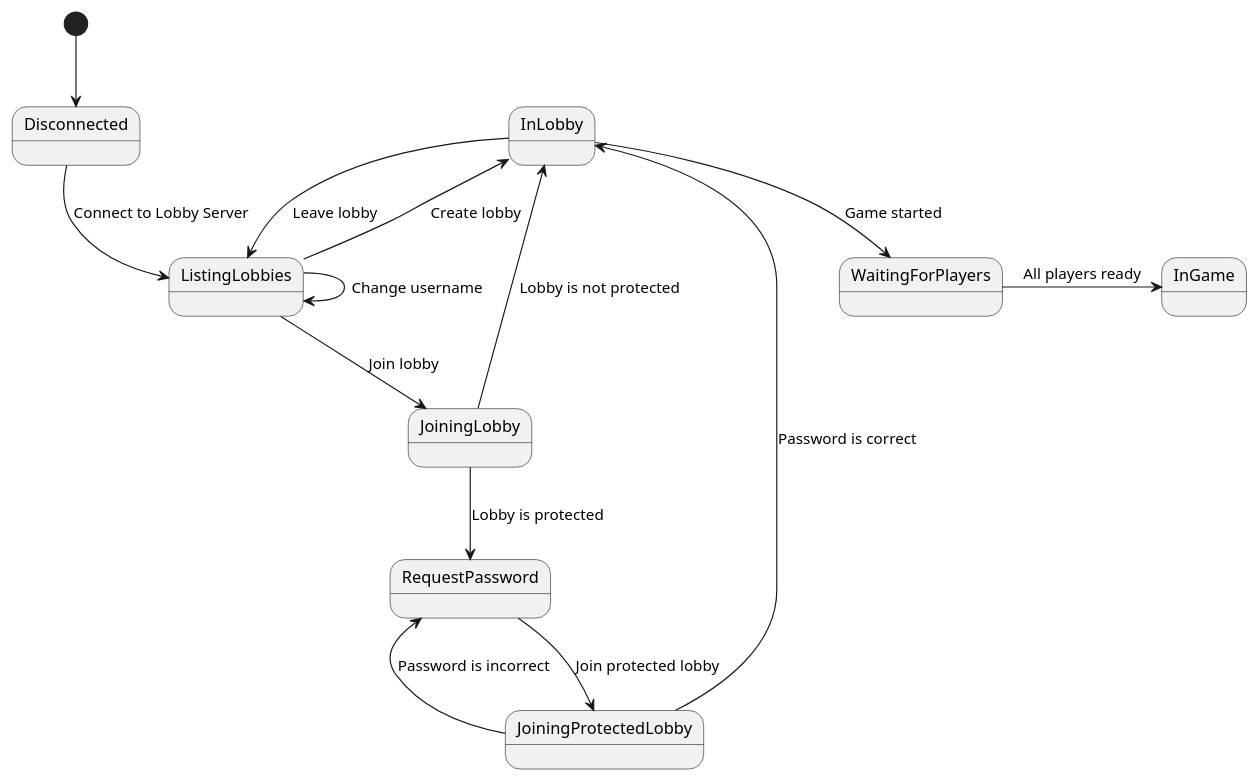
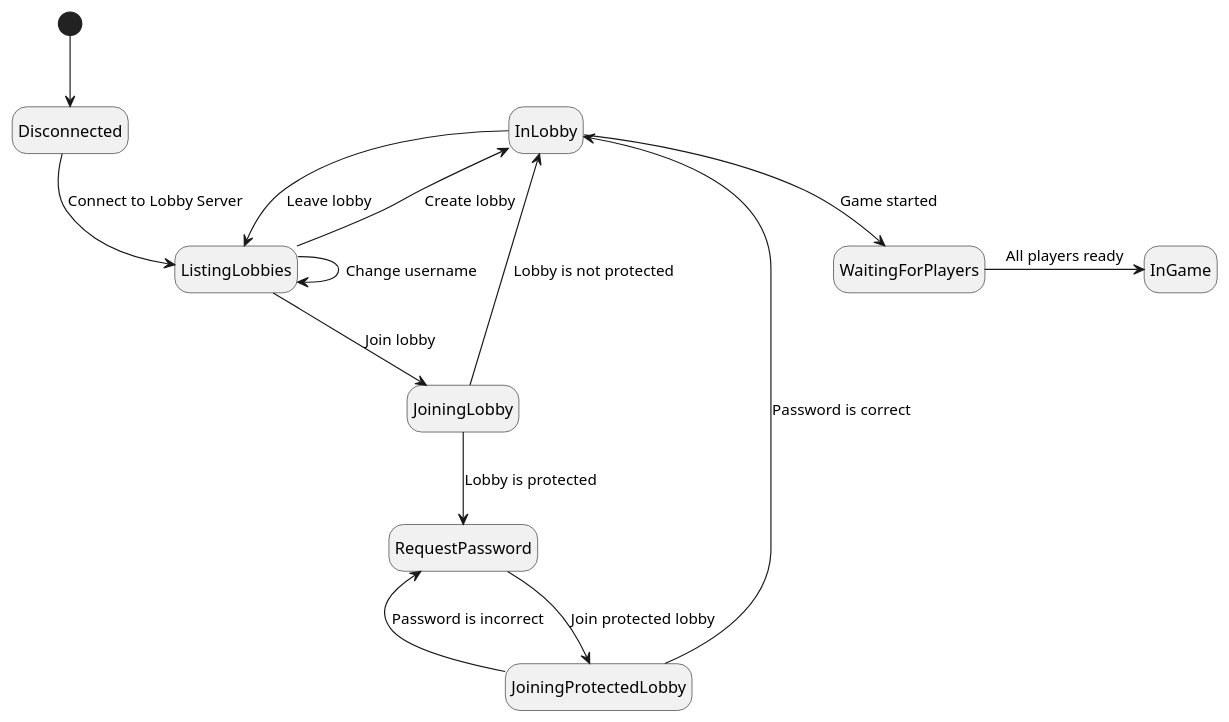
Before and after one commit to Alb-Ard/dist-sys-dubito-online: diagram 12 of 13 in docs/report.md, drawn with PlantUML. The commit also changed other lines of this file, not shown here.

Commit message:
Simplified game state diagram

````diff
--- a/docs/report.md
+++ b/docs/report.md
@@ -532,27 +532,29 @@
 ```plantuml
 @startuml
+hide empty description 
+
 [*] --> Disconnected
 
 Disconnected --> ListingLobbies : Connect to Lobby Server
 
 ListingLobbies --> ListingLobbies : Change username
 ListingLobbies --> JoiningLobby : Join lobby
 ListingLobbies --> InLobby : Create lobby
 
 state JoiningLobby <<choice>>
 JoiningLobby --> RequestPassword : Lobby is protected
 JoiningLobby --> InLobby : Lobby is not protected
 
 RequestPassword --> JoiningProtectedLobby : Join protected lobby
 
 state JoiningProtectedLobby <<choice>>
 JoiningProtectedLobby --> InLobby : Password is correct
 JoiningProtectedLobby --> RequestPassword : Password is incorrect
 
 InLobby --> ListingLobbies : Leave lobby
 InLobby --> WaitingForPlayers : Game started
 
 WaitingForPlayers -> InGame : All players ready
 
 @enduml
 ```
````
